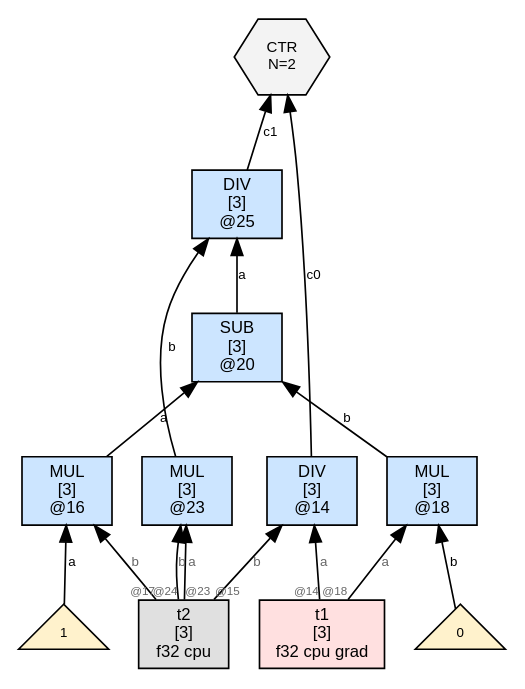
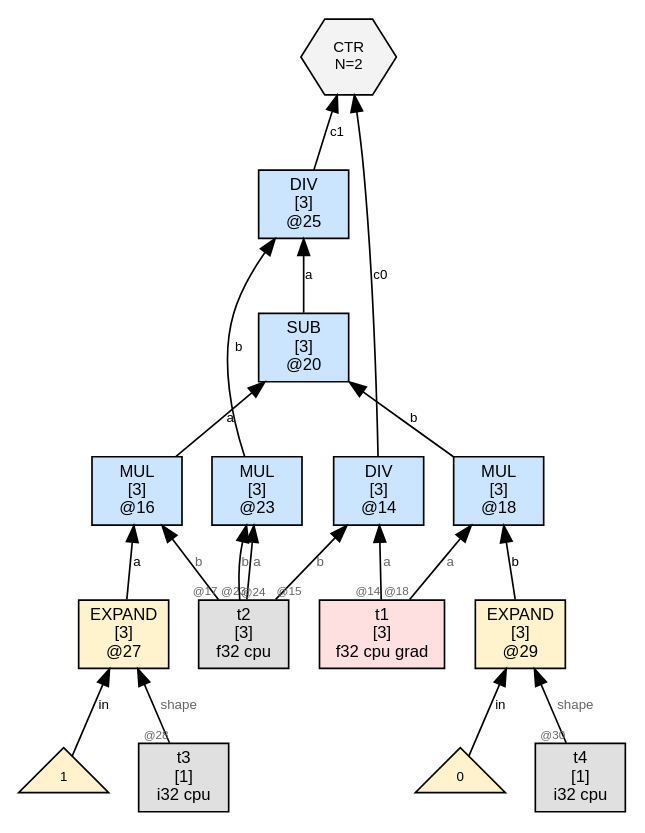
One commit to sw1sh/TinyHVM changed the diagram in wl/examples/thvm_graphs/grad_rules/div/thvm_1_post_reduce.dot. Above: the diagram before and after it, drawn with Graphviz. The commit also changed 2087 other files, not shown here.

First line of the commit message:
grad: TEN matcher emits EXPAND(NUM, shape) for Jacobian leaves

```diff
--- a/wl/examples/thvm_graphs/grad_rules/div/thvm_1_post_reduce.dot
+++ b/wl/examples/thvm_graphs/grad_rules/div/thvm_1_post_reduce.dot
@@ -1,31 +1,39 @@
 digraph G {
   rankdir=BT;
   node [fontname="Helvetica", fontsize=10, style=filled, shape=box, margin="0.1,0.05"];
   edge [fontsize=8, fontname="Helvetica"];
 
   n25 [label="DIV\n[3]\n@25", shape=box, fillcolor="#cce5ff"];
   n20 -> n25 [label="a"];
   n23 -> n25 [label="b"];
   n14 [label="DIV\n[3]\n@14", shape=box, fillcolor="#cce5ff"];
   t1 [label="t1\n[3]\nf32 cpu grad",shape=box,fillcolor="#ffe0e0"];
   t1 -> n14 [label="a",taillabel="@14",labelfontsize=7,fontcolor="#666666"];
   t2 [label="t2\n[3]\nf32 cpu",shape=box,fillcolor="#e0e0e0"];
   t2 -> n14 [label="b",taillabel="@15",labelfontsize=7,fontcolor="#666666"];
   ctr6 [label="CTR\nN=2", shape=hexagon, fillcolor="#f3f3f3", fontsize=9];
   n14 -> ctr6 [label="c0"];
   n25 -> ctr6 [label="c1"];
+  n27 [label="EXPAND\n[3]\n@27", shape=box, fillcolor="#fff3cd"];
+  num27_0 [label="1",shape=triangle,fillcolor="#fff2cc",fontsize=8];
+  num27_0 -> n27 [label="in"];
+  t3 [label="t3\n[1]\ni32 cpu",shape=box,fillcolor="#e0e0e0"];
+  t3 -> n27 [label="shape",taillabel="@28",labelfontsize=7,fontcolor="#666666"];
+  n29 [label="EXPAND\n[3]\n@29", shape=box, fillcolor="#fff3cd"];
+  num29_0 [label="0",shape=triangle,fillcolor="#fff2cc",fontsize=8];
+  num29_0 -> n29 [label="in"];
+  t4 [label="t4\n[1]\ni32 cpu",shape=box,fillcolor="#e0e0e0"];
+  t4 -> n29 [label="shape",taillabel="@30",labelfontsize=7,fontcolor="#666666"];
   n16 [label="MUL\n[3]\n@16", shape=box, fillcolor="#cce5ff"];
-  num16_0 [label="1",shape=triangle,fillcolor="#fff2cc",fontsize=8];
-  num16_0 -> n16 [label="a"];
+  n27 -> n16 [label="a"];
   t2 -> n16 [label="b",taillabel="@17",labelfontsize=7,fontcolor="#666666"];
   n18 [label="MUL\n[3]\n@18", shape=box, fillcolor="#cce5ff"];
   t1 -> n18 [label="a",taillabel="@18",labelfontsize=7,fontcolor="#666666"];
-  num18_1 [label="0",shape=triangle,fillcolor="#fff2cc",fontsize=8];
-  num18_1 -> n18 [label="b"];
+  n29 -> n18 [label="b"];
   n20 [label="SUB\n[3]\n@20", shape=box, fillcolor="#cce5ff"];
   n16 -> n20 [label="a"];
   n18 -> n20 [label="b"];
   n23 [label="MUL\n[3]\n@23", shape=box, fillcolor="#cce5ff"];
   t2 -> n23 [label="a",taillabel="@23",labelfontsize=7,fontcolor="#666666"];
   t2 -> n23 [label="b",taillabel="@24",labelfontsize=7,fontcolor="#666666"];
 }
```
